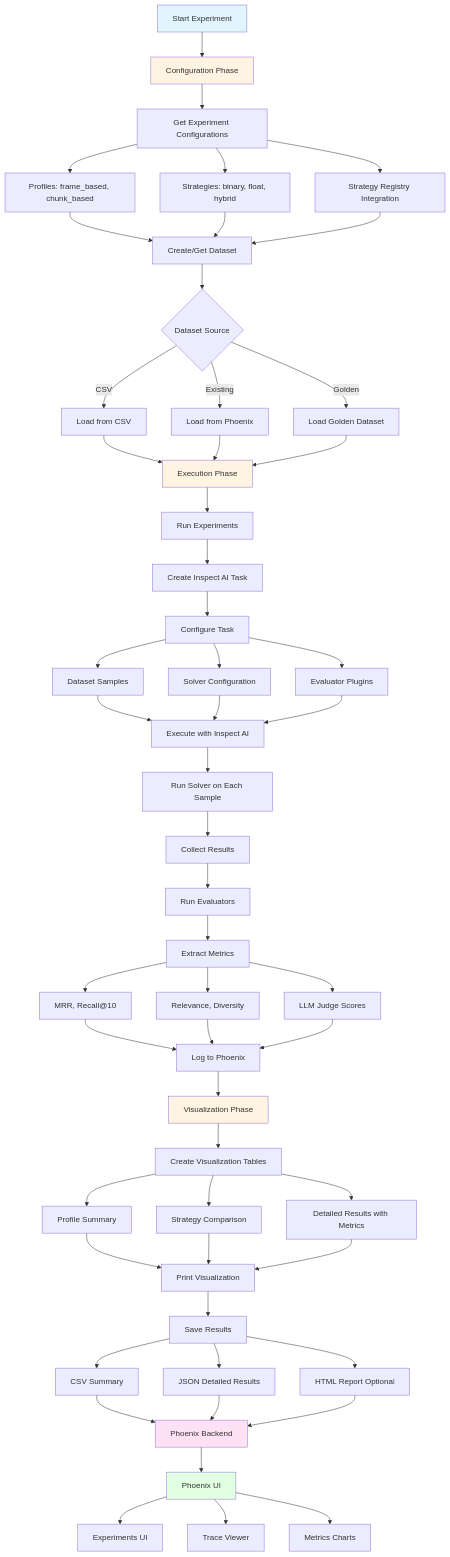
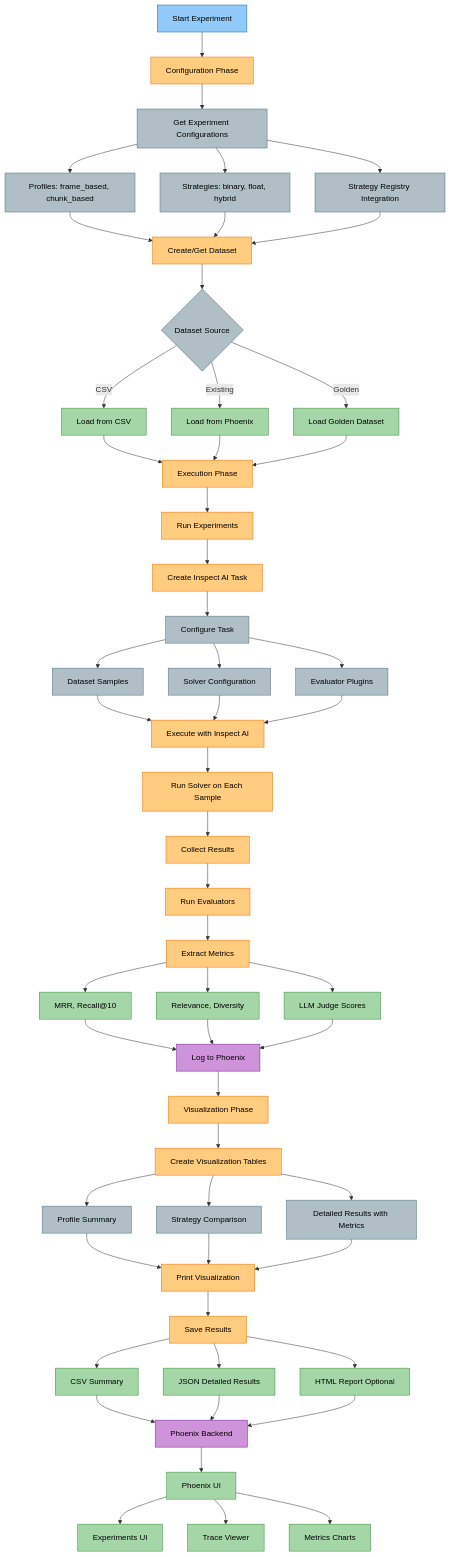
The first of 4 diagrams in docs/modules/evaluation.md (amit-jain/cogniverse), drawn with Mermaid before and after one commit. The commit also changed other lines of this file and 83 other files, not shown here.

First line of the commit message:
Fix documentation veracity, formatting, and diagrams across all modules

````diff
--- a/docs/modules/evaluation.md
+++ b/docs/modules/evaluation.md
@@ -115,78 +156,114 @@
 ```mermaid
-graph TB
-    Start[Start Experiment] --> Config[Configuration Phase]
+flowchart TB
+    Start["<span style='color:#000'>Start Experiment</span>"] --> Config["<span style='color:#000'>Configuration Phase</span>"]
 
-    Config --> GetConfigs[Get Experiment Configurations]
-    GetConfigs --> Profiles[Profiles: frame_based, chunk_based]
-    GetConfigs --> Strategies[Strategies: binary, float, hybrid]
-    GetConfigs --> Registry[Strategy Registry Integration]
+    Config --> GetConfigs["<span style='color:#000'>Get Experiment Configurations</span>"]
+    GetConfigs --> Profiles["<span style='color:#000'>Profiles: frame_based, chunk_based</span>"]
+    GetConfigs --> Strategies["<span style='color:#000'>Strategies: binary, float, hybrid</span>"]
+    GetConfigs --> Registry["<span style='color:#000'>Strategy Registry Integration</span>"]
 
-    Profiles --> CreateDataset[Create/Get Dataset]
+    Profiles --> CreateDataset["<span style='color:#000'>Create/Get Dataset</span>"]
     Strategies --> CreateDataset
     Registry --> CreateDataset
 
-    CreateDataset --> DataSource{Dataset Source}
-    DataSource -->|CSV| LoadCSV[Load from CSV]
-    DataSource -->|Existing| LoadExisting[Load from Phoenix]
-    DataSource -->|Golden| LoadGolden[Load Golden Dataset]
+    CreateDataset --> DataSource{"<span style='color:#000'>Dataset Source</span>"}
+    DataSource -->|CSV| LoadCSV["<span style='color:#000'>Load from CSV</span>"]
+    DataSource -->|Existing| LoadExisting["<span style='color:#000'>Load from Phoenix</span>"]
+    DataSource -->|Golden| LoadGolden["<span style='color:#000'>Load Golden Dataset</span>"]
 
-    LoadCSV --> Execution[Execution Phase]
+    LoadCSV --> Execution["<span style='color:#000'>Execution Phase</span>"]
     LoadExisting --> Execution
     LoadGolden --> Execution
 
-    Execution --> RunExperiments[Run Experiments]
-    RunExperiments --> CreateTask[Create Inspect AI Task]
-    CreateTask --> TaskConfig[Configure Task]
-    TaskConfig --> Samples[Dataset Samples]
-    TaskConfig --> Solver[Solver Configuration]
-    TaskConfig --> Evaluators[Evaluator Plugins]
+    Execution --> RunExperiments["<span style='color:#000'>Run Experiments</span>"]
+    RunExperiments --> CreateTask["<span style='color:#000'>Create Inspect AI Task</span>"]
+    CreateTask --> TaskConfig["<span style='color:#000'>Configure Task</span>"]
+    TaskConfig --> Samples["<span style='color:#000'>Dataset Samples</span>"]
+    TaskConfig --> Solver["<span style='color:#000'>Solver Configuration</span>"]
+    TaskConfig --> Evaluators["<span style='color:#000'>Evaluator Plugins</span>"]
 
-    Samples --> Execute[Execute with Inspect AI]
+    Samples --> Execute["<span style='color:#000'>Execute with Inspect AI</span>"]
     Solver --> Execute
     Evaluators --> Execute
 
-    Execute --> RunSolver[Run Solver on Each Sample]
-    RunSolver --> Collect[Collect Results]
-    Collect --> RunEvals[Run Evaluators]
+    Execute --> RunSolver["<span style='color:#000'>Run Solver on Each Sample</span>"]
+    RunSolver --> Collect["<span style='color:#000'>Collect Results</span>"]
+    Collect --> RunEvals["<span style='color:#000'>Run Evaluators</span>"]
 
-    RunEvals --> ExtractMetrics[Extract Metrics]
-    ExtractMetrics --> MRR[MRR, Recall@10]
-    ExtractMetrics --> Relevance[Relevance, Diversity]
-    ExtractMetrics --> LLMScores[LLM Judge Scores]
+    RunEvals --> ExtractMetrics["<span style='color:#000'>Extract Metrics</span>"]
+    ExtractMetrics --> MRR["<span style='color:#000'>MRR, Recall@10</span>"]
+    ExtractMetrics --> Relevance["<span style='color:#000'>Relevance, Diversity</span>"]
+    ExtractMetrics --> LLMScores["<span style='color:#000'>LLM Judge Scores</span>"]
 
-    MRR --> LogPhoenix[Log to Phoenix]
+    MRR --> LogPhoenix["<span style='color:#000'>Log to Phoenix</span>"]
     Relevance --> LogPhoenix
     LLMScores --> LogPhoenix
 
-    LogPhoenix --> Visualization[Visualization Phase]
+    LogPhoenix --> Visualization["<span style='color:#000'>Visualization Phase</span>"]
 
-    Visualization --> CreateViz[Create Visualization Tables]
-    CreateViz --> ProfileSummary[Profile Summary]
-    CreateViz --> StrategyComp[Strategy Comparison]
-    CreateViz --> DetailedResults[Detailed Results with Metrics]
+    Visualization --> CreateViz["<span style='color:#000'>Create Visualization Tables</span>"]
+    CreateViz --> ProfileSummary["<span style='color:#000'>Profile Summary</span>"]
+    CreateViz --> StrategyComp["<span style='color:#000'>Strategy Comparison</span>"]
+    CreateViz --> DetailedResults["<span style='color:#000'>Detailed Results with Metrics</span>"]
 
-    ProfileSummary --> Print[Print Visualization]
+    ProfileSummary --> Print["<span style='color:#000'>Print Visualization</span>"]
     StrategyComp --> Print
     DetailedResults --> Print
 
-    Print --> SaveResults[Save Results]
-    SaveResults --> CSV[CSV Summary]
-    SaveResults --> JSON[JSON Detailed Results]
-    SaveResults --> HTML[HTML Report Optional]
+    Print --> SaveResults["<span style='color:#000'>Save Results</span>"]
+    SaveResults --> CSV["<span style='color:#000'>CSV Summary</span>"]
+    SaveResults --> JSON["<span style='color:#000'>JSON Detailed Results</span>"]
+    SaveResults --> HTML["<span style='color:#000'>HTML Report Optional</span>"]
 
-    CSV --> Phoenix[Phoenix Backend]
+    CSV --> Phoenix["<span style='color:#000'>Phoenix Backend</span>"]
     JSON --> Phoenix
     HTML --> Phoenix
 
-    Phoenix --> UI[Phoenix UI]
-    UI --> ExpUI[Experiments UI]
-    UI --> TraceViewer[Trace Viewer]
-    UI --> MetricsCharts[Metrics Charts]
+    Phoenix --> UI["<span style='color:#000'>Phoenix UI</span>"]
+    UI --> ExpUI["<span style='color:#000'>Experiments UI</span>"]
+    UI --> TraceViewer["<span style='color:#000'>Trace Viewer</span>"]
+    UI --> MetricsCharts["<span style='color:#000'>Metrics Charts</span>"]
 
-    style Start fill:#e1f5ff
-    style Config fill:#fff4e1
-    style Execution fill:#fff4e1
-    style Visualization fill:#fff4e1
-    style Phoenix fill:#ffe1f5
-    style UI fill:#e1ffe1
+    style Start fill:#90caf9,stroke:#1565c0,color:#000
+    style Config fill:#ffcc80,stroke:#ef6c00,color:#000
+    style GetConfigs fill:#b0bec5,stroke:#546e7a,color:#000
+    style Profiles fill:#b0bec5,stroke:#546e7a,color:#000
+    style Strategies fill:#b0bec5,stroke:#546e7a,color:#000
+    style Registry fill:#b0bec5,stroke:#546e7a,color:#000
+    style CreateDataset fill:#ffcc80,stroke:#ef6c00,color:#000
+    style DataSource fill:#b0bec5,stroke:#546e7a,color:#000
+    style LoadCSV fill:#a5d6a7,stroke:#388e3c,color:#000
+    style LoadExisting fill:#a5d6a7,stroke:#388e3c,color:#000
+    style LoadGolden fill:#a5d6a7,stroke:#388e3c,color:#000
+    style Execution fill:#ffcc80,stroke:#ef6c00,color:#000
+    style RunExperiments fill:#ffcc80,stroke:#ef6c00,color:#000
+    style CreateTask fill:#ffcc80,stroke:#ef6c00,color:#000
+    style TaskConfig fill:#b0bec5,stroke:#546e7a,color:#000
+    style Samples fill:#b0bec5,stroke:#546e7a,color:#000
+    style Solver fill:#b0bec5,stroke:#546e7a,color:#000
+    style Evaluators fill:#b0bec5,stroke:#546e7a,color:#000
+    style Execute fill:#ffcc80,stroke:#ef6c00,color:#000
+    style RunSolver fill:#ffcc80,stroke:#ef6c00,color:#000
+    style Collect fill:#ffcc80,stroke:#ef6c00,color:#000
+    style RunEvals fill:#ffcc80,stroke:#ef6c00,color:#000
+    style ExtractMetrics fill:#ffcc80,stroke:#ef6c00,color:#000
+    style MRR fill:#a5d6a7,stroke:#388e3c,color:#000
+    style Relevance fill:#a5d6a7,stroke:#388e3c,color:#000
+    style LLMScores fill:#a5d6a7,stroke:#388e3c,color:#000
+    style LogPhoenix fill:#ce93d8,stroke:#7b1fa2,color:#000
+    style Visualization fill:#ffcc80,stroke:#ef6c00,color:#000
+    style CreateViz fill:#ffcc80,stroke:#ef6c00,color:#000
+    style ProfileSummary fill:#b0bec5,stroke:#546e7a,color:#000
+    style StrategyComp fill:#b0bec5,stroke:#546e7a,color:#000
+    style DetailedResults fill:#b0bec5,stroke:#546e7a,color:#000
+    style Print fill:#ffcc80,stroke:#ef6c00,color:#000
+    style SaveResults fill:#ffcc80,stroke:#ef6c00,color:#000
+    style CSV fill:#a5d6a7,stroke:#388e3c,color:#000
+    style JSON fill:#a5d6a7,stroke:#388e3c,color:#000
+    style HTML fill:#a5d6a7,stroke:#388e3c,color:#000
+    style Phoenix fill:#ce93d8,stroke:#7b1fa2,color:#000
+    style UI fill:#a5d6a7,stroke:#388e3c,color:#000
+    style ExpUI fill:#a5d6a7,stroke:#388e3c,color:#000
+    style TraceViewer fill:#a5d6a7,stroke:#388e3c,color:#000
+    style MetricsCharts fill:#a5d6a7,stroke:#388e3c,color:#000
 ```
````
